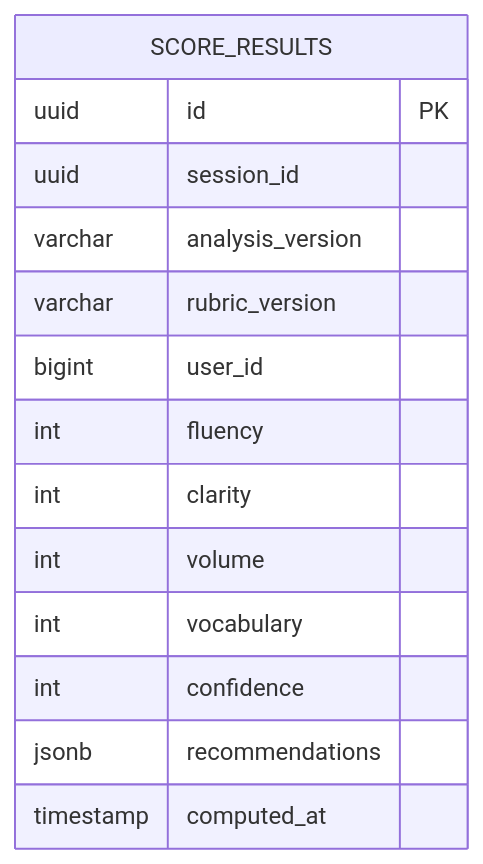
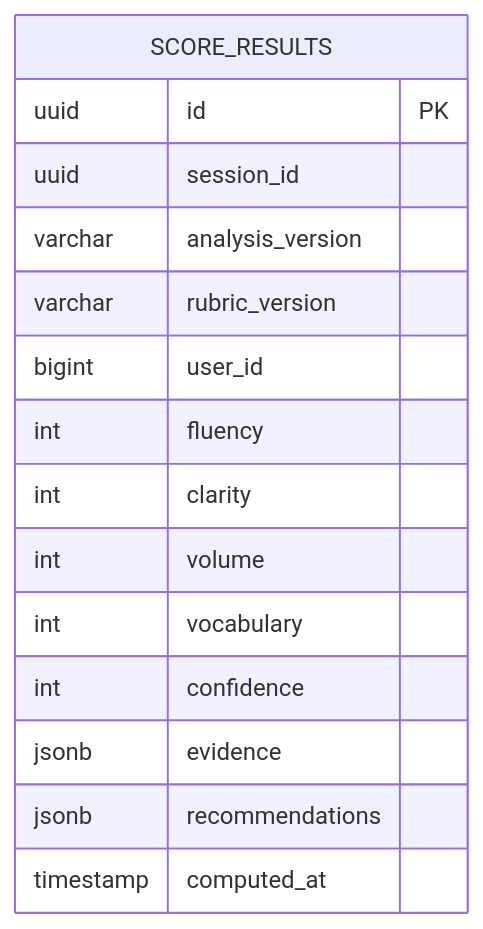
One commit to upc-pre-202620-si728-16365-thropic/talki-project-report changed the diagram in assets/diagrams/tactical/03-scoring-feedback-database.mmd. Above: the diagram before and after it, drawn with Mermaid. The commit also changed 11 other files, not shown here.

```diff
--- a/assets/diagrams/tactical/03-scoring-feedback-database.mmd
+++ b/assets/diagrams/tactical/03-scoring-feedback-database.mmd
@@ -1,16 +1,17 @@
 erDiagram
 
     SCORE_RESULTS {
         uuid id PK
         uuid session_id
         varchar analysis_version
         varchar rubric_version
         bigint user_id
         int fluency
         int clarity
         int volume
         int vocabulary
         int confidence
+        jsonb evidence
         jsonb recommendations
         timestamp computed_at
     }
```
